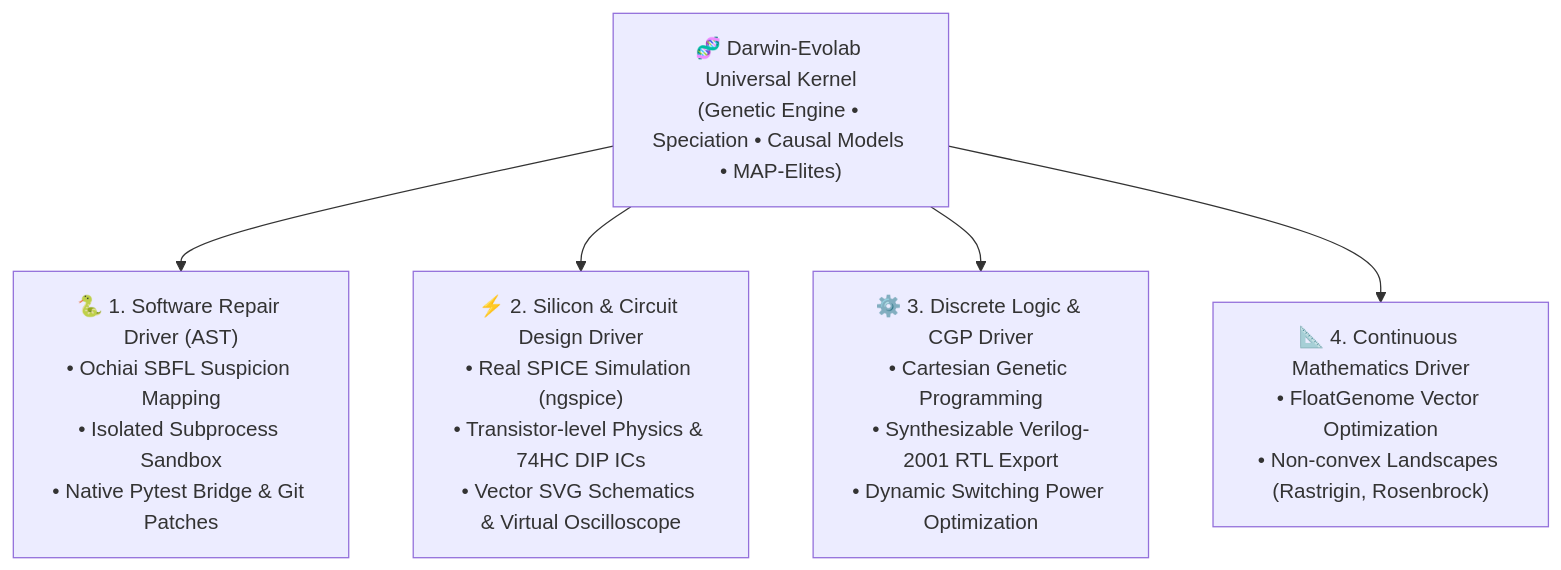
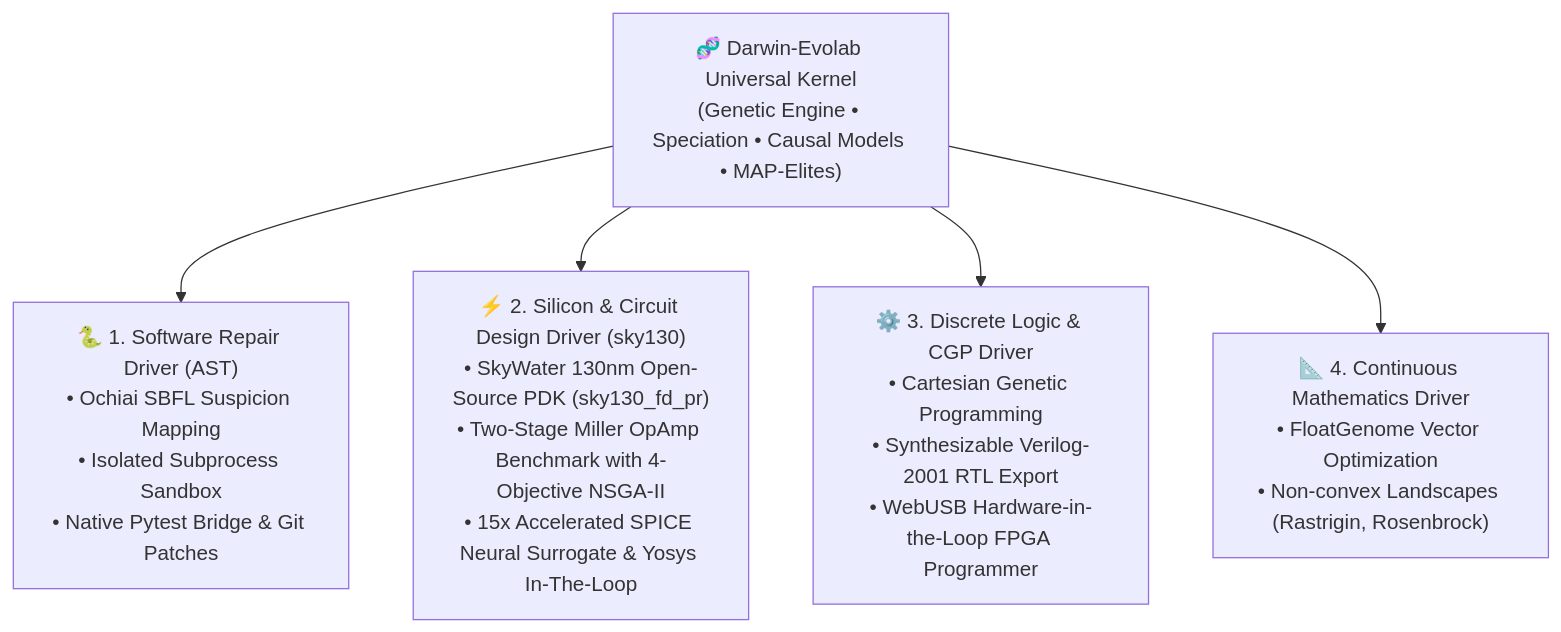
One commit to bio-colab/darwin-evolab changed the diagram in README.md. Above: the diagram before and after it, drawn with Mermaid. The commit also changed other lines of this file and 13 other files, not shown here.

Commit message:
feat(silicon): SkyWater 130nm PDK, Miller OpAmp benchmark, SPICE neural surrogate, and Yosys bridge

````diff
--- a/README.md
+++ b/README.md
@@ -24,12 +24,12 @@
 ```mermaid
 graph TD
     Kernel["🧬 Darwin-Evolab Universal Kernel<br/>(Genetic Engine • Speciation • Causal Models • MAP-Elites)"]
     
     Kernel --> Driver1["🐍 1. Software Repair Driver (AST)<br/>• Ochiai SBFL Suspicion Mapping<br/>• Isolated Subprocess Sandbox<br/>• Native Pytest Bridge & Git Patches"]
     
-    Kernel --> Driver2["⚡ 2. Silicon & Circuit Design Driver<br/>• Real SPICE Simulation (ngspice)<br/>• Transistor-level Physics & 74HC DIP ICs<br/>• Vector SVG Schematics & Virtual Oscilloscope"]
+    Kernel --> Driver2["⚡ 2. Silicon & Circuit Design Driver (sky130)<br/>• SkyWater 130nm Open-Source PDK (sky130_fd_pr)<br/>• Two-Stage Miller OpAmp Benchmark with 4-Objective NSGA-II<br/>• 15x Accelerated SPICE Neural Surrogate & Yosys In-The-Loop"]
     
-    Kernel --> Driver3["⚙️ 3. Discrete Logic & CGP Driver<br/>• Cartesian Genetic Programming<br/>• Synthesizable Verilog-2001 RTL Export<br/>• Dynamic Switching Power Optimization"]
+    Kernel --> Driver3["⚙️ 3. Discrete Logic & CGP Driver<br/>• Cartesian Genetic Programming<br/>• Synthesizable Verilog-2001 RTL Export<br/>• WebUSB Hardware-in-the-Loop FPGA Programmer"]
     
     Kernel --> Driver4["📐 4. Continuous Mathematics Driver<br/>• FloatGenome Vector Optimization<br/>• Non-convex Landscapes (Rastrigin, Rosenbrock)"]
 ```
````
